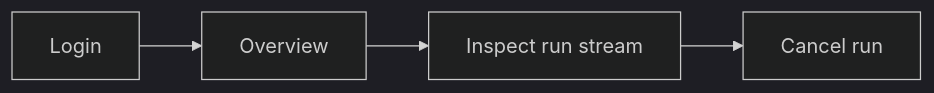
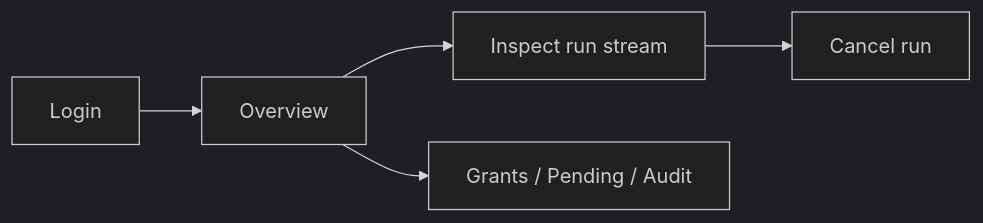
One commit to getrunkite/runkite changed the diagram in docs/admin.md. Above: the diagram before and after it, drawn with Mermaid (dark theme). The commit also changed other lines of this file and 13 other files, not shown here.

First line of the commit message:
Add Admin UI for policy grants and pending HITL queue.

````diff
--- a/docs/admin.md
+++ b/docs/admin.md
@@ -59,6 +69,7 @@
 ```mermaid
 flowchart LR
   A[Login] --> B[Overview]
   B --> C[Inspect run stream]
   C --> D[Cancel run]
+  B --> E[Grants / Pending / Audit]
 ```
````
